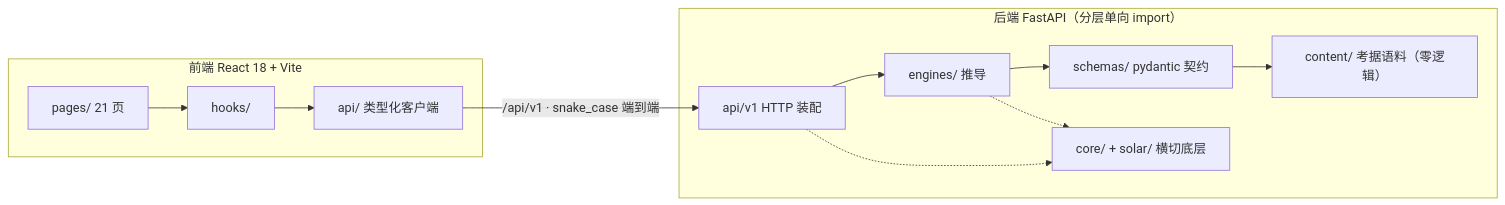
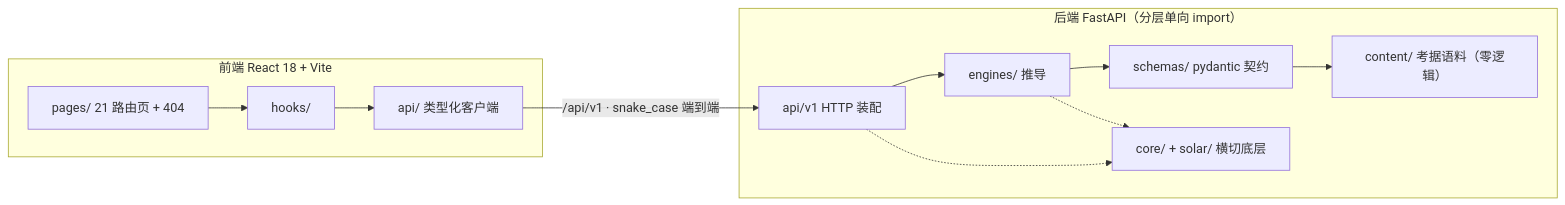
Before and after one commit to dini163/destiny: the diagram in README.md, drawn with Mermaid. The commit also changed other lines of this file, not shown here.

````diff
--- a/README.md
+++ b/README.md
@@ -65,13 +65,13 @@
 ```mermaid
 flowchart LR
     subgraph FE["前端 React 18 + Vite"]
-        P["pages/ 21 页"] --> H["hooks/"] --> A["api/ 类型化客户端"]
+        P["pages/ 21 路由页 + 404"] --> H["hooks/"] --> A["api/ 类型化客户端"]
     end
     subgraph BE["后端 FastAPI（分层单向 import）"]
         API["api/v1 HTTP 装配"] --> E["engines/ 推导"] --> S["schemas/ pydantic 契约"] --> C["content/ 考据语料（零逻辑）"]
         X["core/ + solar/ 横切底层"]
     end
     A -->|"/api/v1 · snake_case 端到端"| API
     E -.-> X
     API -.-> X
 ```
````
